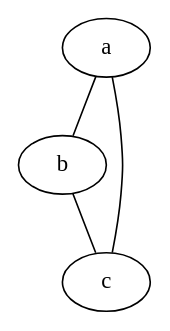
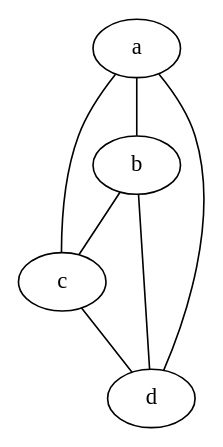
Before and after one commit to Carmofrasao/API-grafos: the diagram in grafo6.dot, drawn with Graphviz. The commit also changed 6 other files, not shown here.

```diff
--- a/grafo6.dot
+++ b/grafo6.dot
@@ -1,5 +1,14 @@
 strict graph { 
   a -- b
+  a -- c
+  a -- d
+  b -- a
   b -- c
+  b -- d
   c -- a
+  c -- b
+  c -- d
+  d -- a
+  d -- b
+  d -- c
 }
```
